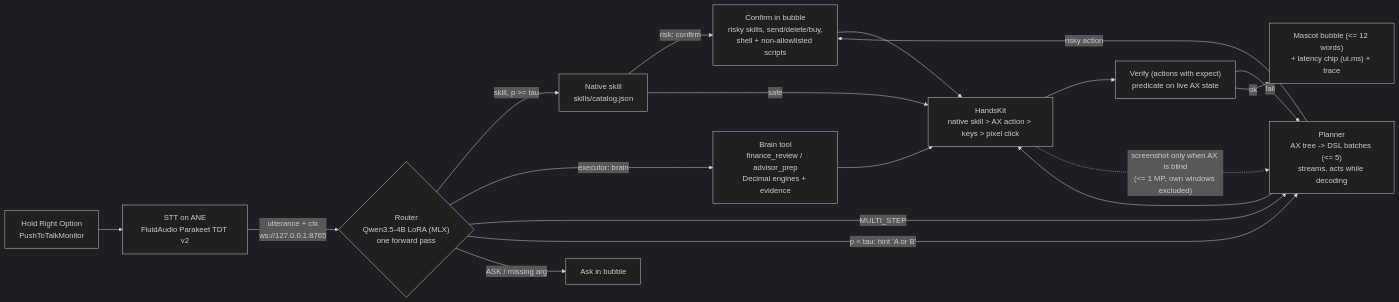
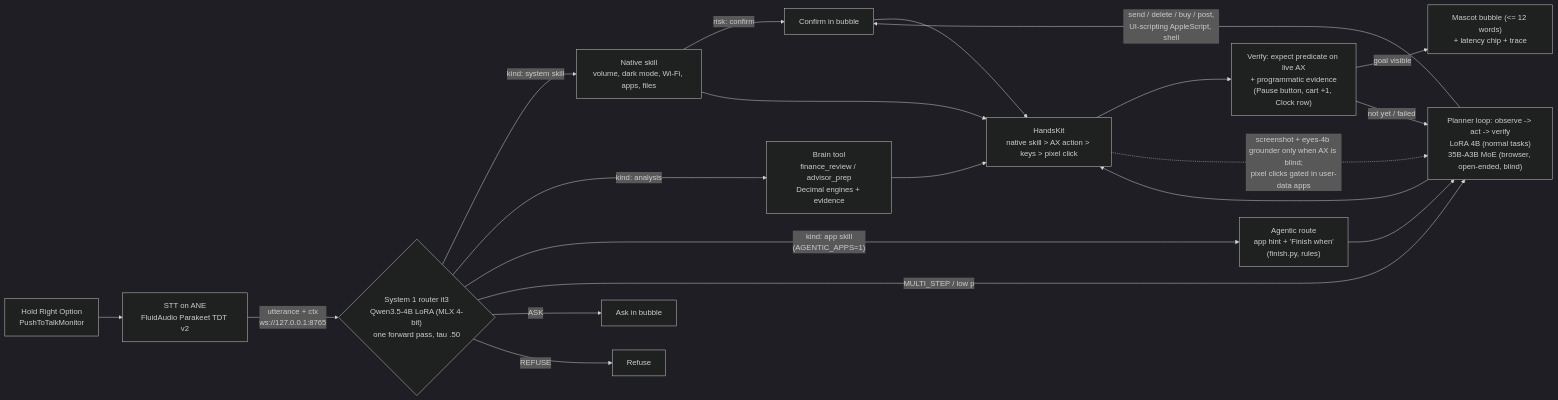
One commit to ardahk/muselet changed the diagram in pitch/architecture.md. Above: the diagram before and after it, drawn with Mermaid (dark theme). The commit also changed other lines of this file and 5 other files, not shown here.

````diff
--- a/pitch/architecture.md
+++ b/pitch/architecture.md
@@ -5,20 +6,22 @@
 ```mermaid
 flowchart LR
   V["Hold Right Option<br/>PushToTalkMonitor"] --> S["STT on ANE<br/>FluidAudio Parakeet TDT v2"]
-  S -->|utterance + ctx<br/>ws://127.0.0.1:8765| R{"Router<br/>Qwen3.5-4B LoRA (MLX)<br/>one forward pass"}
-  R -->|skill, p >= tau| N["Native skill<br/>skills/catalog.json"]
-  R -->|executor: brain| B["Brain tool<br/>finance_review / advisor_prep<br/>Decimal engines + evidence"]
-  R -->|MULTI_STEP| P["Planner<br/>AX tree -> DSL batches (<= 5)<br/>streams, acts while decoding"]
-  R -->|p < tau: hint 'A or B'| P
-  R -->|ASK / missing arg| Q["Ask in bubble"]
-  N -->|risk: confirm| C["Confirm in bubble<br/>risky skills, send/delete/buy,<br/>shell + non-allowlisted scripts"]
-  P -->|risky action| C
-  N -->|safe| H["HandsKit<br/>native skill > AX action > keys > pixel click"]
+  S -->|utterance + ctx<br/>ws://127.0.0.1:8765| R{"System 1 router it3<br/>Qwen3.5-4B LoRA (MLX 4-bit)<br/>one forward pass, tau .50"}
+  R -->|"kind: system skill"| N["Native skill<br/>volume, dark mode, Wi-Fi, apps, files"]
+  R -->|"kind: analysis"| B["Brain tool<br/>finance_review / advisor_prep<br/>Decimal engines + evidence"]
+  R -->|"kind: app skill<br/>(AGENTIC_APPS=1)"| A["Agentic route<br/>app hint + 'Finish when'<br/>(finish.py, rules)"]
+  R -->|MULTI_STEP / low p| P
+  A --> P["Planner loop: observe -> act -> verify<br/>LoRA 4B (normal tasks)<br/>35B-A3B MoE (browser, open-ended, blind)"]
+  R -->|ASK| Q["Ask in bubble"]
+  R -->|REFUSE| Z["Refuse"]
+  P -->|"send / delete / buy / post,<br/>UI-scripting AppleScript, shell"| C["Confirm in bubble"]
+  N -->|risk: confirm| C
+  N --> H["HandsKit<br/>native skill > AX action > keys > pixel click"]
   B --> H
   P --> H
   C --> H
-  H --> X["Verify (actions with expect)<br/>predicate on live AX state"]
-  X -->|fail| P
-  X -->|ok| M["Mascot bubble (<= 12 words)<br/>+ latency chip (ui.ms) + trace"]
-  H -.screenshot only when AX is blind<br/>(<= 1 MP, own windows excluded).-> P
+  H --> X["Verify: expect predicate on live AX<br/>+ programmatic evidence<br/>(Pause button, cart +1, Clock row)"]
+  X -->|goal visible| M["Mascot bubble (<= 12 words)<br/>+ latency chip + trace"]
+  X -->|not yet / failed| P
+  H -.screenshot + eyes-4b grounder only when AX is blind;<br/>pixel clicks gated in user-data apps.-> P
 ```
````
